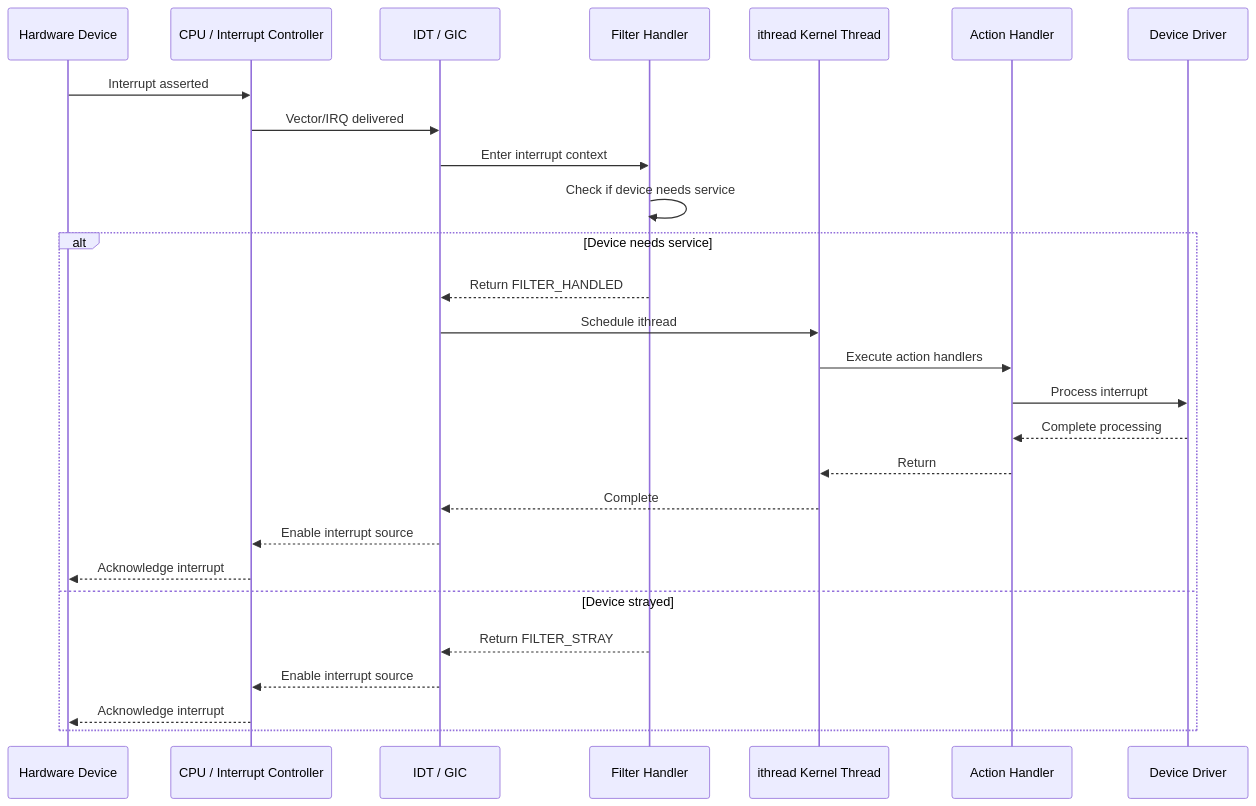
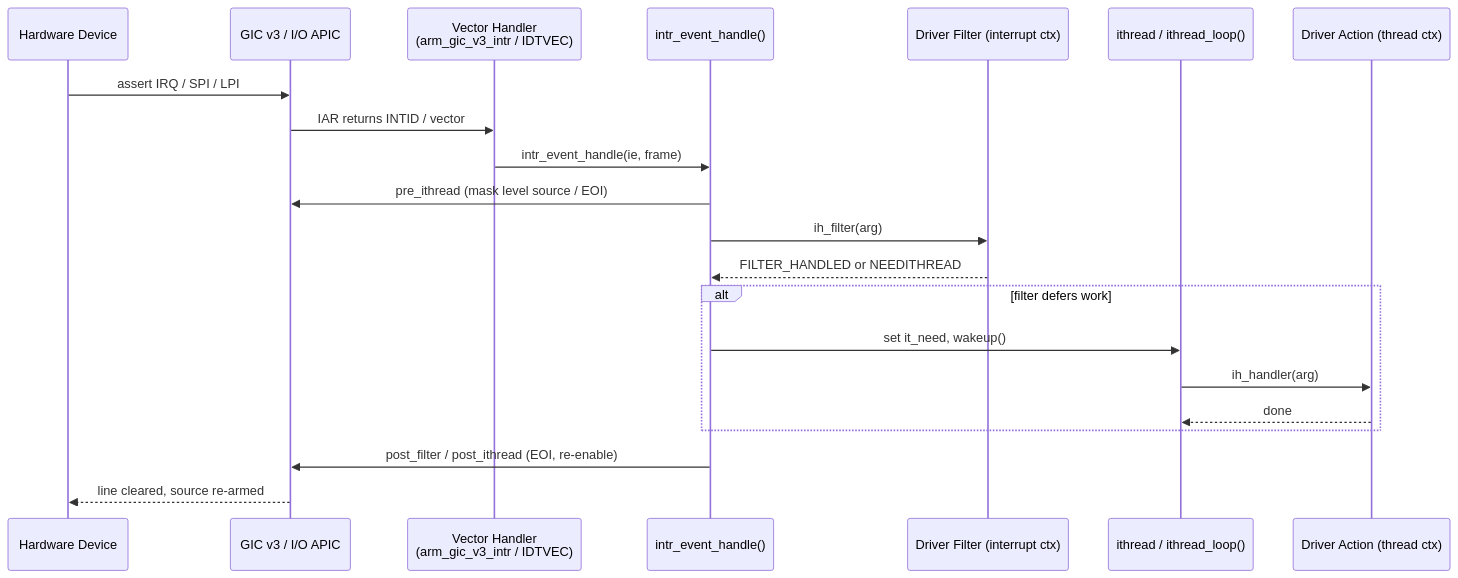
The diagram in sys/kern/README_intr.md (ocochard/freebsd-src), drawn with Mermaid before and after one commit. The commit also changed other lines of this file and 40 other files, not shown here.

First line of the commit message:
Regenerate kernel documentation set (40 chapters)

````diff
--- a/sys/kern/README_intr.md
+++ b/sys/kern/README_intr.md
@@ -166,30 +208,24 @@
 ```mermaid
 sequenceDiagram
     participant HW as Hardware Device
-    participant CPU as CPU / Interrupt Controller
-    participant IDT as IDT / GIC
-    participant Filter as Filter Handler
-    participant Ithread as ithread Kernel Thread
-    participant Action as Action Handler
-    participant Driver as Device Driver
+    participant CTRL as GIC v3 / I/O APIC
+    participant VEC as Vector Handler<br/>(arm_gic_v3_intr / IDTVEC)
+    participant IEH as intr_event_handle()
+    participant FILT as Driver Filter (interrupt ctx)
+    participant IT as ithread / ithread_loop()
+    participant ACT as Driver Action (thread ctx)
 
-    HW->>CPU: Interrupt asserted
-    CPU->>IDT: Vector/IRQ delivered
-    IDT->>Filter: Enter interrupt context
-    Filter->>Filter: Check if device needs service
-    alt Device needs service
-        Filter-->>IDT: Return FILTER_HANDLED
-        IDT->>Ithread: Schedule ithread
-        Ithread->>Action: Execute action handlers
-        Action->>Driver: Process interrupt
-        Driver-->>Action: Complete processing
-        Action-->>Ithread: Return
-        Ithread-->>IDT: Complete
-        IDT-->>CPU: Enable interrupt source
-        CPU-->>HW: Acknowledge interrupt
-    else Device strayed
-        Filter-->>IDT: Return FILTER_STRAY
-        IDT-->>CPU: Enable interrupt source
-        CPU-->>HW: Acknowledge interrupt
+    HW->>CTRL: assert IRQ / SPI / LPI
+    CTRL->>VEC: IAR returns INTID / vector
+    VEC->>IEH: intr_event_handle(ie, frame)
+    IEH->>CTRL: pre_ithread (mask level source / EOI)
+    IEH->>FILT: ih_filter(arg)
+    FILT-->>IEH: FILTER_HANDLED or NEEDITHREAD
+    alt filter defers work
+        IEH->>IT: set it_need, wakeup()
+        IT->>ACT: ih_handler(arg)
+        ACT-->>IT: done
     end
+    IEH->>CTRL: post_filter / post_ithread (EOI, re-enable)
+    CTRL-->>HW: line cleared, source re-armed
 ```
````
